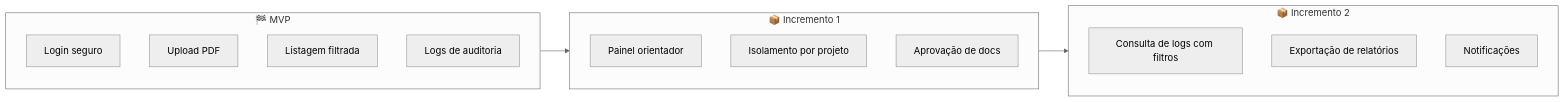
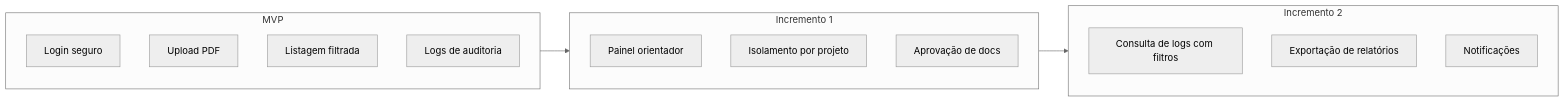
The diagram in docs/produto/strategy/canvas_mvp.md (pedrohpsantos/EdTech), drawn with Mermaid (neutral theme) before and after one commit. The commit also changed 15 other files, not shown here.

````diff
--- a/docs/produto/strategy/canvas_mvp.md
+++ b/docs/produto/strategy/canvas_mvp.md
@@ -70,24 +70,24 @@
 ```mermaid
 flowchart LR
-    subgraph MVP["🏁 MVP"]
+    subgraph MVP[" MVP"]
         M1["Login seguro"]
         M2["Upload PDF"]
         M3["Listagem filtrada"]
         M4["Logs de auditoria"]
     end
 
-    subgraph Inc1["📦 Incremento 1"]
+    subgraph Inc1[" Incremento 1"]
         I1["Painel orientador"]
         I2["Isolamento por projeto"]
         I3["Aprovação de docs"]
     end
 
-    subgraph Inc2["📦 Incremento 2"]
+    subgraph Inc2[" Incremento 2"]
         I4["Consulta de logs com filtros"]
         I5["Exportação de relatórios"]
         I6["Notificações"]
     end
 
     MVP --> Inc1
     Inc1 --> Inc2
 ```
````
